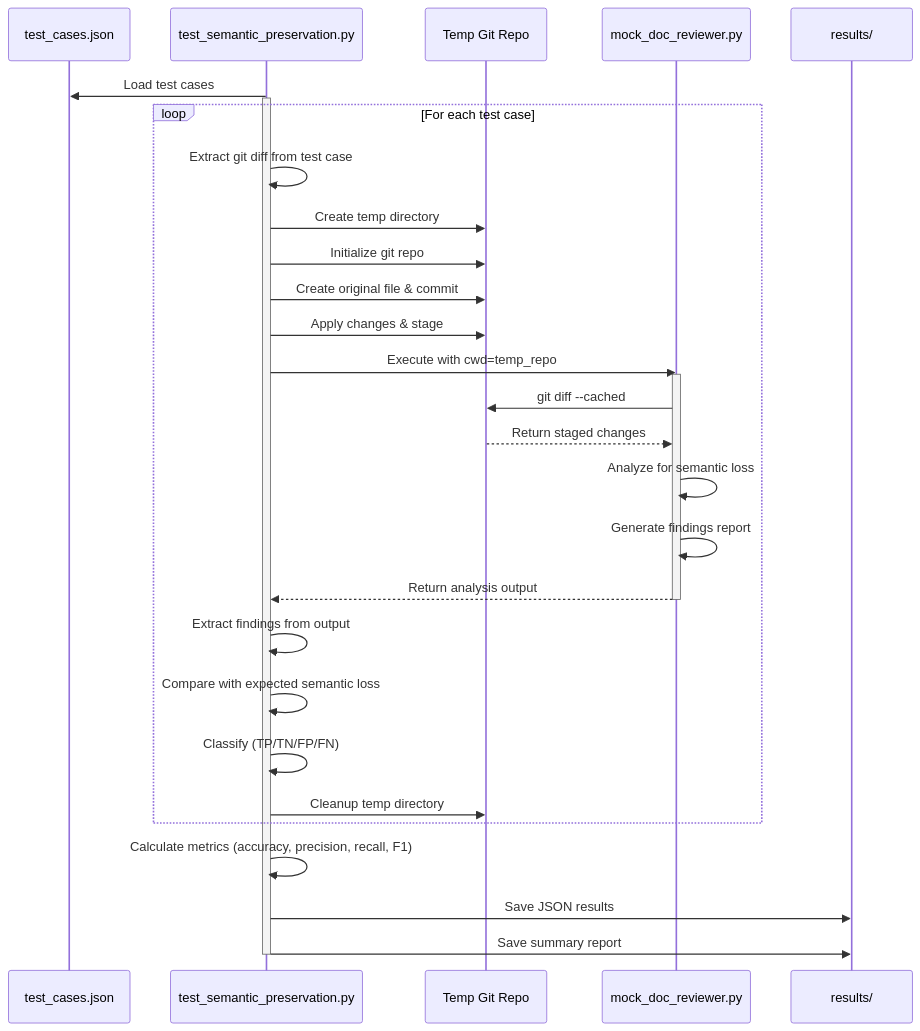
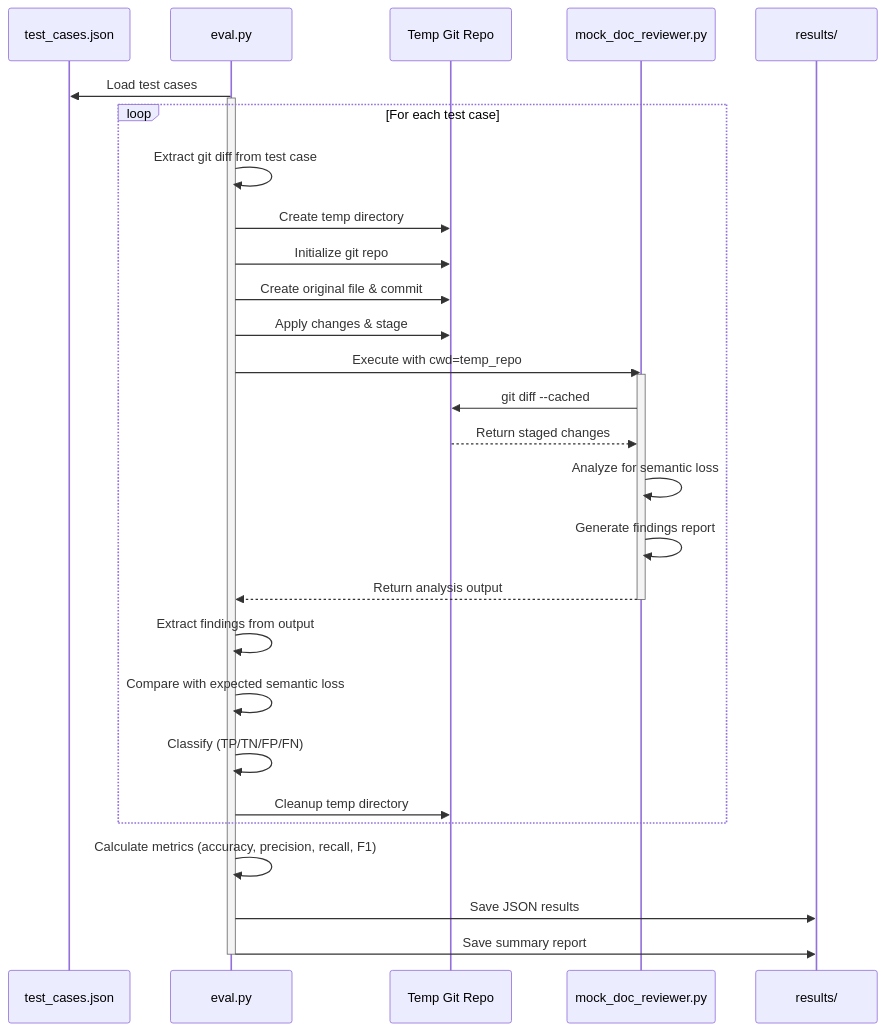
One commit to gonzalomelov/claude-code-subagents changed the diagram in agents/doc-reviewer/eval/README.md. Above: the diagram before and after it, drawn with Mermaid. The commit also changed other lines of this file and 3 other files, not shown here.

````diff
--- a/agents/doc-reviewer/eval/README.md
+++ b/agents/doc-reviewer/eval/README.md
@@ -62,39 +62,39 @@
 ```mermaid
 sequenceDiagram
     participant TC as test_cases.json
-    participant Runner as test_semantic_preservation.py
+    participant Runner as eval.py
     participant Temp as Temp Git Repo
     participant Mock as mock_doc_reviewer.py
     participant Results as results/
 
     Runner->>TC: Load test cases
     activate Runner
     
     loop For each test case
         Runner->>Runner: Extract git diff from test case
         Runner->>Temp: Create temp directory
         Runner->>Temp: Initialize git repo
         Runner->>Temp: Create original file & commit
         Runner->>Temp: Apply changes & stage
         
         Runner->>Mock: Execute with cwd=temp_repo
         activate Mock
         Mock->>Temp: git diff --cached
         Temp-->>Mock: Return staged changes
         Mock->>Mock: Analyze for semantic loss
         Mock->>Mock: Generate findings report
         Mock-->>Runner: Return analysis output
         deactivate Mock
         
         Runner->>Runner: Extract findings from output
         Runner->>Runner: Compare with expected semantic loss
         Runner->>Runner: Classify (TP/TN/FP/FN)
         
         Runner->>Temp: Cleanup temp directory
     end
     
     Runner->>Runner: Calculate metrics (accuracy, precision, recall, F1)
     Runner->>Results: Save JSON results
     Runner->>Results: Save summary report
     deactivate Runner
 ```
````
